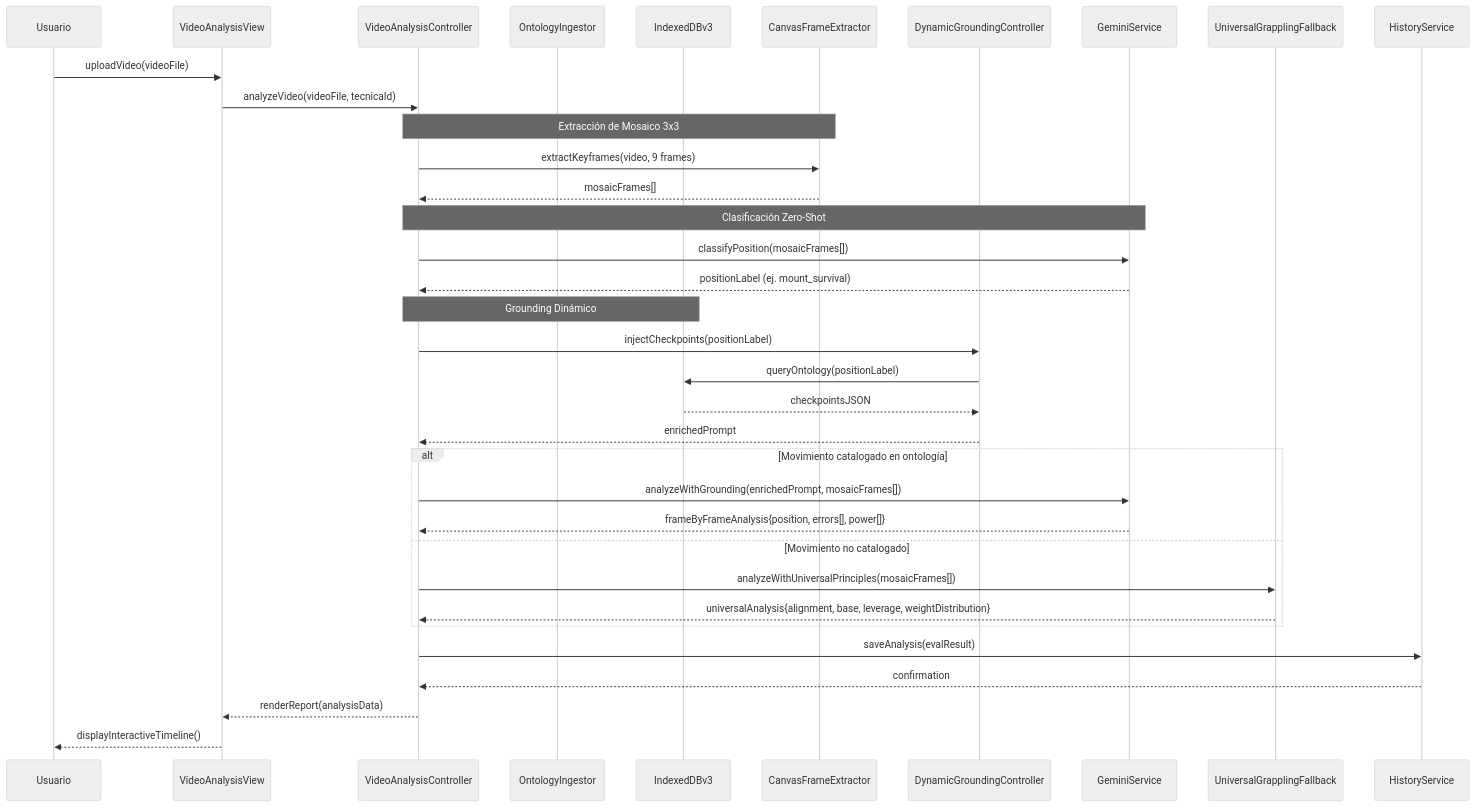
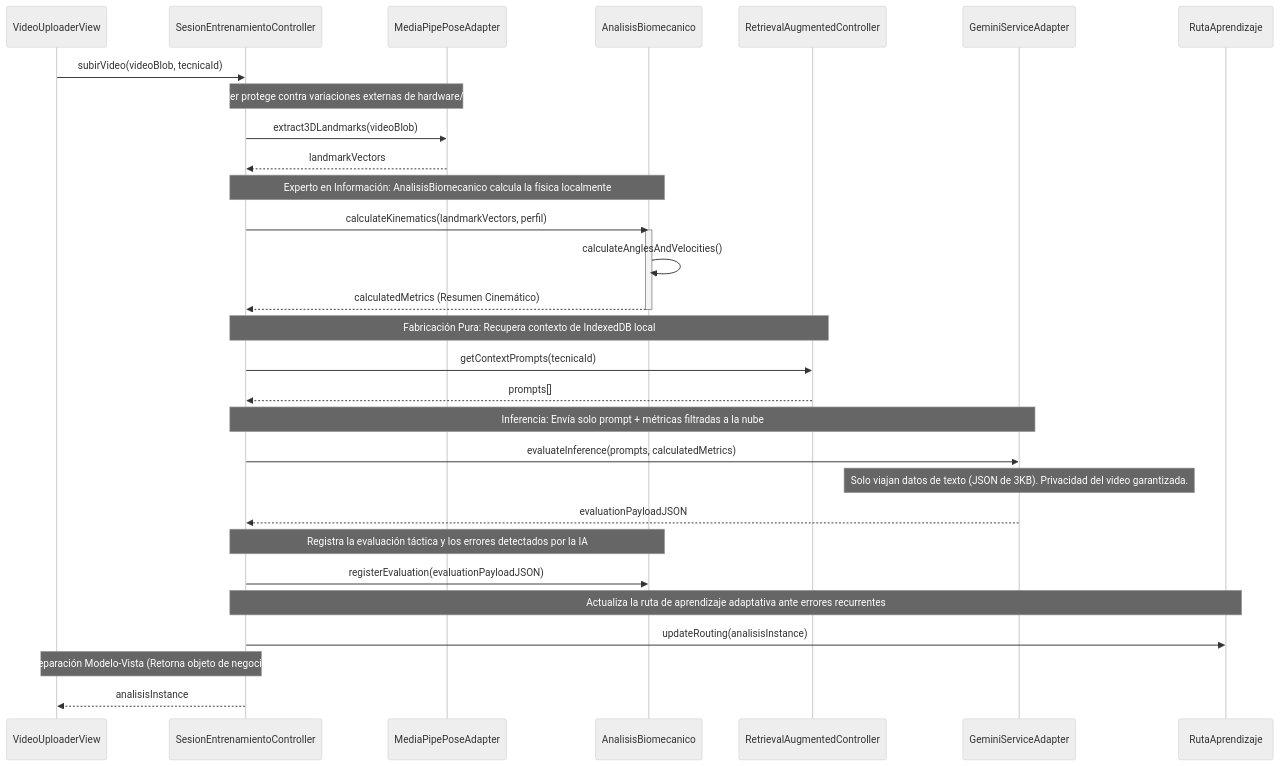
One commit to Tsmrain/Documentacion changed the third of 6 diagrams in README.md. Above: the diagram before and after it, drawn with Mermaid (neutral theme). The commit also changed other lines of this file, not shown here.

````diff
--- a/README.md
+++ b/README.md
@@ -707,43 +832,41 @@
 ```mermaid
 sequenceDiagram
-    participant U as Usuario
-    participant UI as VideoAnalysisView
-    participant Ctrl as VideoAnalysisController
-    participant Onto as OntologyIngestor
-    participant DB as IndexedDBv3
-    participant Extractor as CanvasFrameExtractor
-    participant Grounding as DynamicGroundingController
-    participant Gemini as GeminiService
-    participant Fallback as UniversalGrapplingFallback
-    participant History as HistoryService
+    participant UI as VideoUploaderView
+    participant Ctrl as SesionEntrenamientoController
+    participant MP as MediaPipePoseAdapter
+    participant Eval as AnalisisBiomecanico
+    participant RAG as RetrievalAugmentedController
+    participant LLM as GeminiServiceAdapter
+    participant Ruta as RutaAprendizaje
 
-    U->>UI: uploadVideo(videoFile)
-    UI->>Ctrl: analyzeVideo(videoFile, tecnicaId)
+    UI->>Ctrl: subirVideo(videoBlob, tecnicaId)
     
-    Note over Ctrl,Extractor: Extracción de Mosaico 3x3
-    Ctrl->>Extractor: extractKeyframes(video, 9 frames)
-    Extractor-->>Ctrl: mosaicFrames[]
+    Note over Ctrl,MP: Adapter protege contra variaciones externas de hardware/visión
+    Ctrl->>MP: extract3DLandmarks(videoBlob)
+    MP-->>Ctrl: landmarkVectors
     
-    Note over Ctrl,Gemini: Clasificación Zero-Shot
-    Ctrl->>Gemini: classifyPosition(mosaicFrames[])
-    Gemini-->>Ctrl: positionLabel (ej. mount_survival)
+    Note over Ctrl,Eval: Experto en Información: AnalisisBiomecanico calcula la física localmente
+    Ctrl->>Eval: calculateKinematics(landmarkVectors, perfil)
+    activate Eval
+    Eval->>Eval: calculateAnglesAndVelocities()
+    Eval-->>Ctrl: calculatedMetrics (Resumen Cinemático)
+    deactivate Eval
     
-    Note over Ctrl,DB: Grounding Dinámico
-    Ctrl->>Grounding: injectCheckpoints(positionLabel)
-    Grounding->>DB: queryOntology(positionLabel)
-    DB-->>Grounding: checkpointsJSON
-    Grounding-->>Ctrl: enrichedPrompt
+    Note over Ctrl,RAG: Fabricación Pura: Recupera contexto de IndexedDB local
+    Ctrl->>RAG: getContextPrompts(tecnicaId)
+    RAG-->>Ctrl: prompts[]
     
-    alt Movimiento catalogado en ontología
-        Ctrl->>Gemini: analyzeWithGrounding(enrichedPrompt, mosaicFrames[])
-        Gemini-->>Ctrl: frameByFrameAnalysis{position, errors[], power[]}
-    else Movimiento no catalogado
-        Ctrl->>Fallback: analyzeWithUniversalPrinciples(mosaicFrames[])
-        Fallback-->>Ctrl: universalAnalysis{alignment, base, leverage, weightDistribution}
-    end
+    Note over Ctrl,LLM: Inferencia: Envía solo prompt + métricas filtradas a la nube
+    Ctrl->>LLM: evaluateInference(prompts, calculatedMetrics)
+    Note over LLM,LLM: Solo viajan datos de texto (JSON de 3KB). Privacidad del video garantizada.
+    LLM-->>Ctrl: evaluationPayloadJSON
     
-    Ctrl->>History: saveAnalysis(evalResult)
-    History-->>Ctrl: confirmation
-    Ctrl-->>UI: renderReport(analysisData)
-    UI-->>U: displayInteractiveTimeline()
+    Note over Ctrl,Eval: Registra la evaluación táctica y los errores detectados por la IA
+    Ctrl->>Eval: registerEvaluation(evaluationPayloadJSON)
+    
+    Note over Ctrl,Ruta: Actualiza la ruta de aprendizaje adaptativa ante errores recurrentes
+    Ctrl->>Ruta: updateRouting(analisisInstance)
+    
+    Note over Ctrl,UI: Separación Modelo-Vista (Retorna objeto de negocio)
+    Ctrl-->>UI: analisisInstance
 ```
````
